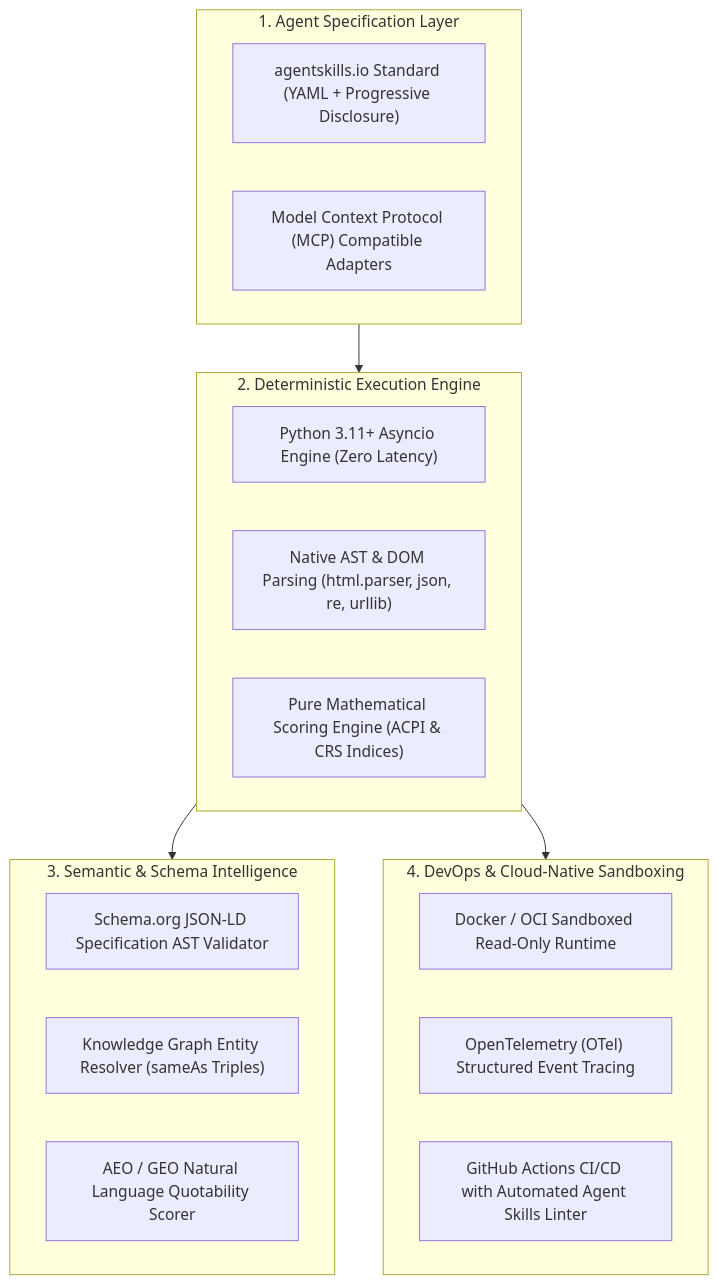
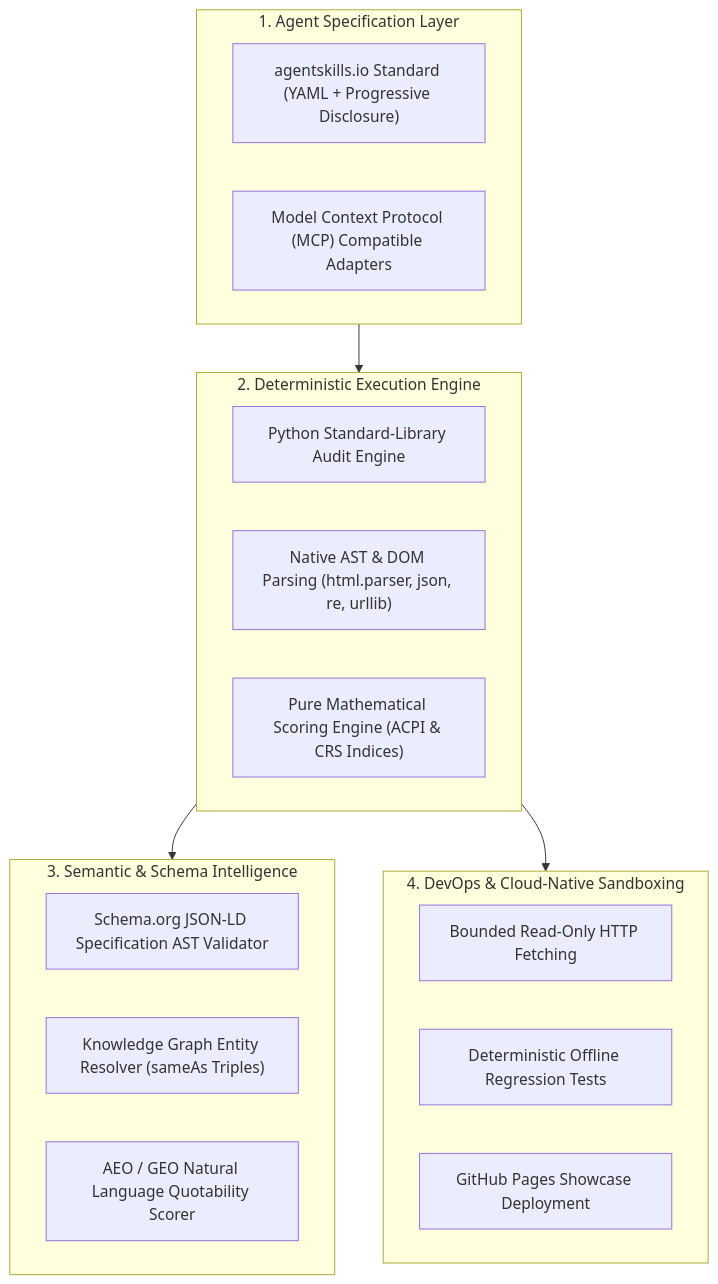
One commit to SH20RAJ/adobe-hackathon-2026 changed the diagram in docs/TECH_STACK_JUSTIFICATION.md. Above: the diagram before and after it, drawn with Mermaid. The commit also changed other lines of this file and 10 other files, not shown here.

````diff
--- a/docs/TECH_STACK_JUSTIFICATION.md
+++ b/docs/TECH_STACK_JUSTIFICATION.md
@@ -17,29 +17,29 @@
 ```mermaid
 graph TD
     subgraph AgentStandard ["1. Agent Specification Layer"]
         A1["agentskills.io Standard (YAML + Progressive Disclosure)"]
         A2["Model Context Protocol (MCP) Compatible Adapters"]
     end
 
     subgraph CoreEngine ["2. Deterministic Execution Engine"]
-        B1["Python 3.11+ Asyncio Engine (Zero Latency)"]
+        B1["Python Standard-Library Audit Engine"]
         B2["Native AST & DOM Parsing (html.parser, json, re, urllib)"]
         B3["Pure Mathematical Scoring Engine (ACPI & CRS Indices)"]
     end
 
     subgraph StructuredData ["3. Semantic & Schema Intelligence"]
         C1["Schema.org JSON-LD Specification AST Validator"]
         C2["Knowledge Graph Entity Resolver (sameAs Triples)"]
         C3["AEO / GEO Natural Language Quotability Scorer"]
     end
 
     subgraph DevOpsObservability ["4. DevOps & Cloud-Native Sandboxing"]
-        D1["Docker / OCI Sandboxed Read-Only Runtime"]
-        D2["OpenTelemetry (OTel) Structured Event Tracing"]
-        D3["GitHub Actions CI/CD with Automated Agent Skills Linter"]
+        D1["Bounded Read-Only HTTP Fetching"]
+        D2["Deterministic Offline Regression Tests"]
+        D3["GitHub Pages Showcase Deployment"]
     end
 
     AgentStandard --> CoreEngine
     CoreEngine --> StructuredData
     CoreEngine --> DevOpsObservability
 ```
````
